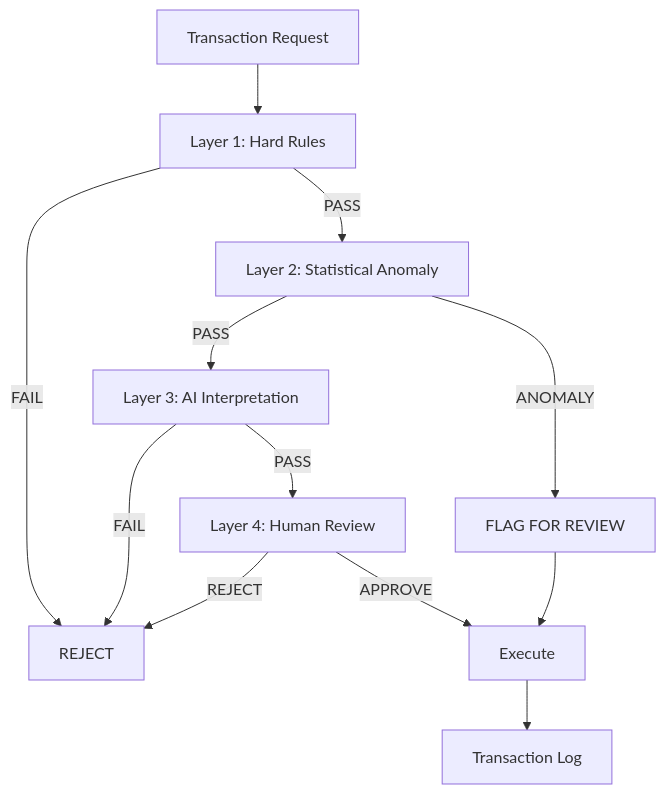
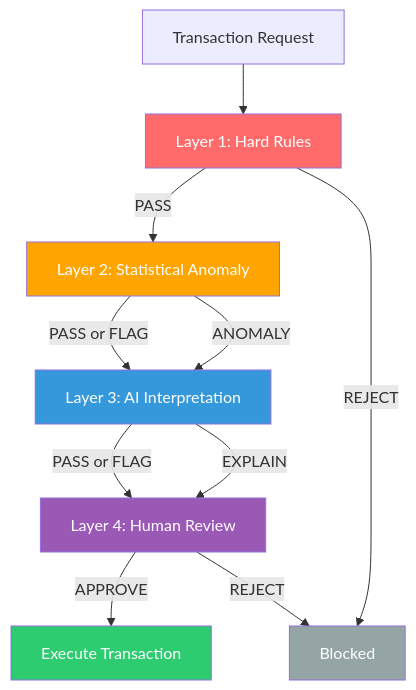
The second of 2 diagrams in README.md (anhquan075/OmniAgent), drawn with Mermaid before and after one commit. The commit also changed other lines of this file and 79 other files, not shown here.

````diff
--- a/README.md
+++ b/README.md
@@ -117,14 +201,22 @@
 ```mermaid
-flowchart TD
+graph TD
     A[Transaction Request] --> B[Layer 1: Hard Rules]
     B -->|PASS| C[Layer 2: Statistical Anomaly]
-    B -->|FAIL| R[REJECT]
-    C -->|PASS| D[Layer 3: AI Interpretation]
-    C -->|ANOMALY| F[FLAG FOR REVIEW]
-    D -->|PASS| E[Layer 4: Human Review]
-    D -->|FAIL| R
-    E -->|APPROVE| G[Execute]
-    E -->|REJECT| R
-    F --> G
-    G --> H[Transaction Log]
+    B -->|REJECT| X[Blocked]
+    
+    C -->|PASS or FLAG| D[Layer 3: AI Interpretation]
+    C -->|ANOMALY| D
+    
+    D -->|PASS or FLAG| E[Layer 4: Human Review]
+    D -->|EXPLAIN| E
+    
+    E -->|APPROVE| F[Execute Transaction]
+    E -->|REJECT| X
+    
+    style B fill:#ff6b6b,color:#fff
+    style C fill:#ffa502,color:#fff
+    style D fill:#3498db,color:#fff
+    style E fill:#9b59b6,color:#fff
+    style F fill:#2ecc71,color:#fff
+    style X fill:#95a5a6,color:#fff
 ```
````
